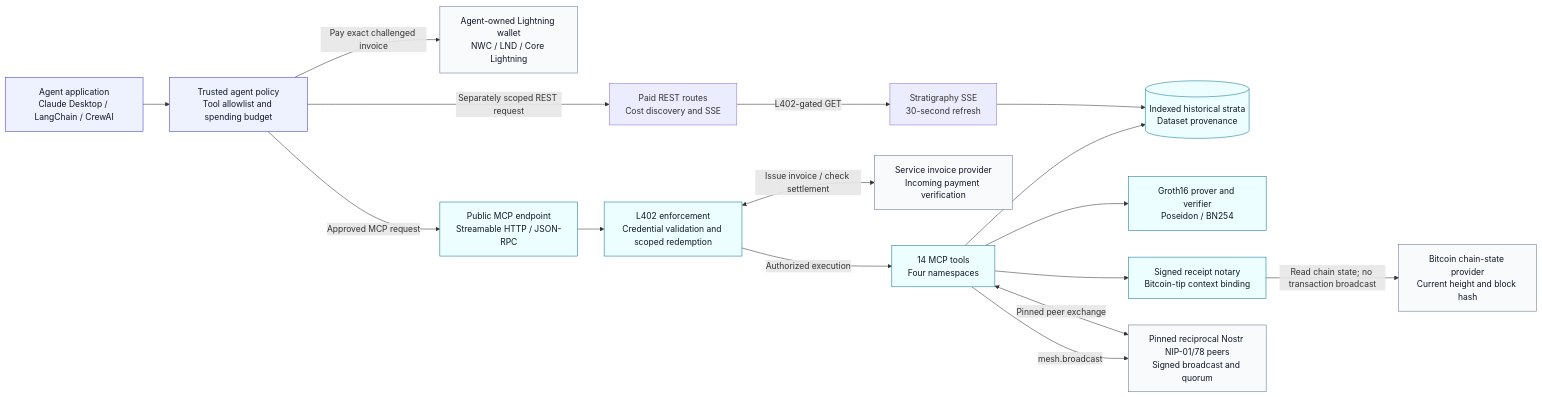
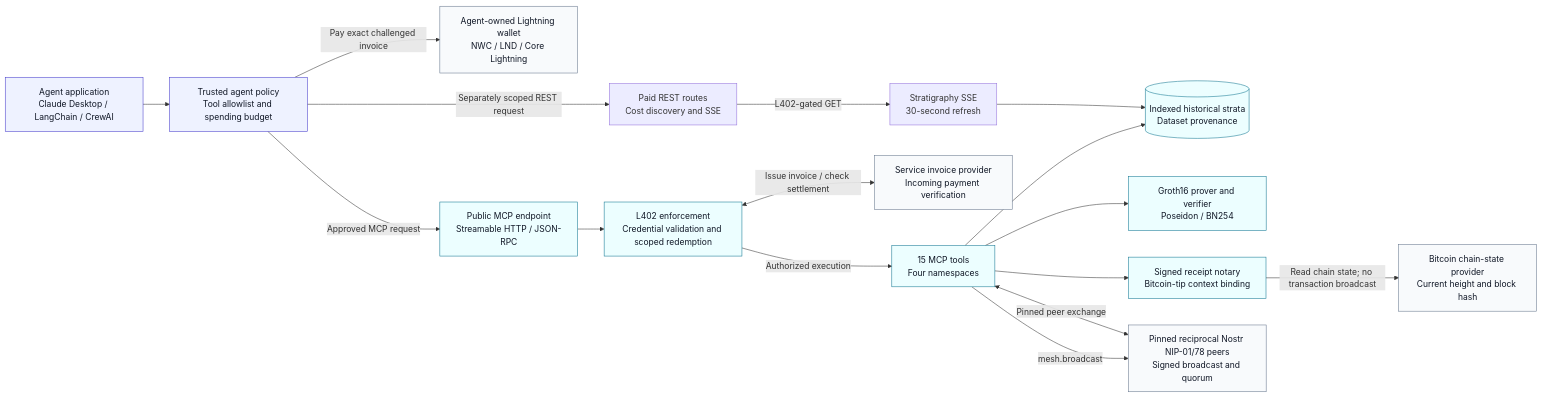
One commit to CharlesStrogish/bitcoin-stratigraphy-mcp changed the first of 4 diagrams in docs/ARCHITECTURE.md. Above: the diagram before and after it, drawn with Mermaid. The commit also changed other lines of this file and 149 other files, not shown here.

````diff
--- a/docs/ARCHITECTURE.md
+++ b/docs/ARCHITECTURE.md
@@ -46,40 +46,40 @@
 ```mermaid
 flowchart LR
     Agent["Agent application<br/>Claude Desktop / LangChain / CrewAI"]
     Policy["Trusted agent policy<br/>Tool allowlist and spending budget"]
     Payer["Agent-owned Lightning wallet<br/>NWC / LND / Core Lightning"]
     Gateway["Public MCP endpoint<br/>Streamable HTTP / JSON-RPC"]
     Gate["L402 enforcement<br/>Credential validation and scoped redemption"]
-    Tools["14 MCP tools<br/>Four namespaces"]
+    Tools["15 MCP tools<br/>Four namespaces"]
     Data[("Indexed historical strata<br/>Dataset provenance")]
     ZK["Groth16 prover and verifier<br/>Poseidon / BN254"]
     Notary["Signed receipt notary<br/>Bitcoin-tip context binding"]
     Tip["Bitcoin chain-state provider<br/>Current height and block hash"]
     Mesh["Pinned reciprocal Nostr NIP-01/78 peers<br/>Signed broadcast and quorum"]
     Issuer["Service invoice provider<br/>Incoming payment verification"]
     Rest["Paid REST routes<br/>Cost discovery and SSE"]
     Stream["Stratigraphy SSE<br/>30-second refresh"]
 
     Agent --> Policy
     Policy -->|"Approved MCP request"| Gateway
     Policy -->|"Separately scoped REST request"| Rest
     Policy -->|"Pay exact challenged invoice"| Payer
     Gateway --> Gate
     Gate <-->|"Issue invoice / check settlement"| Issuer
     Gate -->|"Authorized execution"| Tools
     Tools --> Data
     Tools --> ZK
     Tools --> Notary
     Notary -->|"Read chain state; no transaction broadcast"| Tip
     Tools -->|"mesh.broadcast"| Mesh
     Mesh <-->|"Pinned peer exchange"| Tools
     Rest -->|"L402-gated GET"| Stream
     Stream --> Data
 
     classDef agent fill:#eef2ff,stroke:#4338ca,color:#111827;
     classDef service fill:#ecfeff,stroke:#0e7490,color:#111827;
     classDef external fill:#f8fafc,stroke:#64748b,color:#111827;
     class Agent,Policy agent;
     class Gateway,Gate,Tools,Data,ZK,Notary service;
     class Payer,Tip,Mesh,Issuer external;
 ```
````
